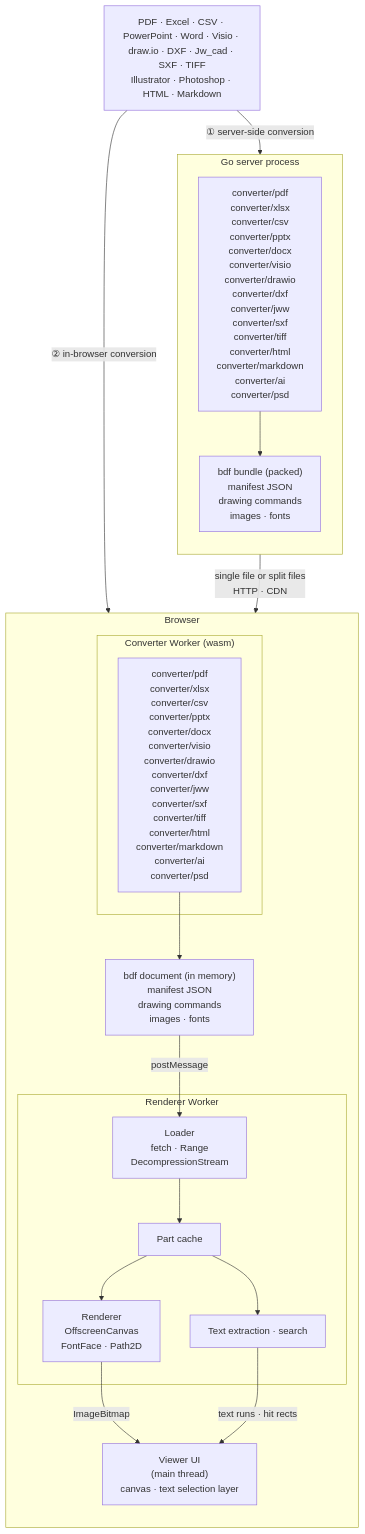
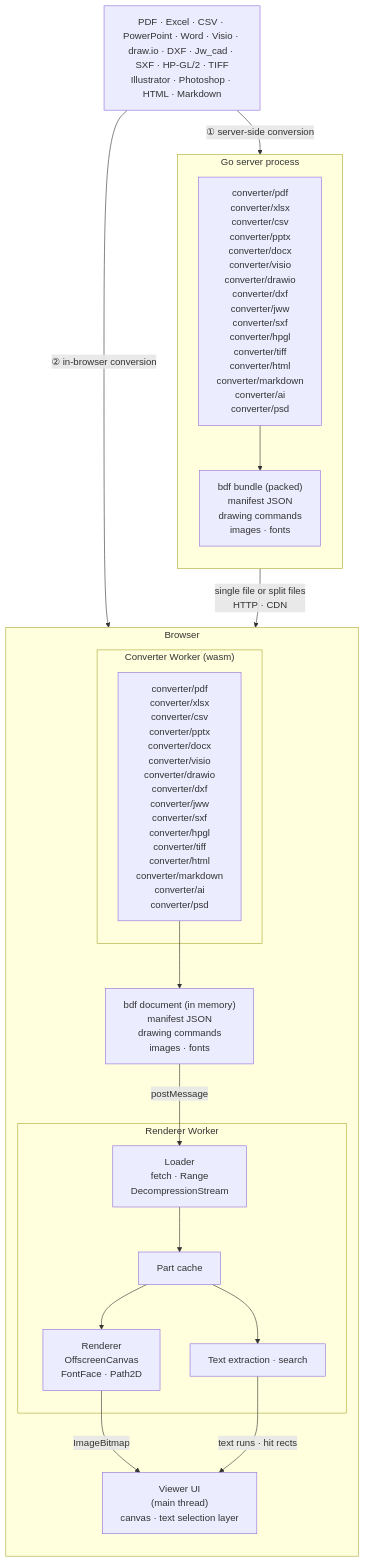
Before and after one commit to shibukawa/bdf: the diagram in README.md, drawn with Mermaid. The commit also changed other lines of this file and 42 other files, not shown here.

````diff
--- a/README.md
+++ b/README.md
@@ -20,37 +20,37 @@
 ```mermaid
 flowchart TB
-    SRC["PDF · Excel · CSV · PowerPoint · Word · Visio · draw.io · DXF · Jw_cad · SXF · TIFF<br/>Illustrator · Photoshop · HTML · Markdown"]
+    SRC["PDF · Excel · CSV · PowerPoint · Word · Visio · draw.io · DXF · Jw_cad · SXF · HP-GL/2 · TIFF<br/>Illustrator · Photoshop · HTML · Markdown"]
 
     subgraph SERVER["Go server process"]
         direction TB
-        SCONV["converter/pdf<br/>converter/xlsx<br/>converter/csv<br/>converter/pptx<br/>converter/docx<br/>converter/visio<br/>converter/drawio<br/>converter/dxf<br/>converter/jww<br/>converter/sxf<br/>converter/tiff<br/>converter/html<br/>converter/markdown<br/>converter/ai<br/>converter/psd"]
+        SCONV["converter/pdf<br/>converter/xlsx<br/>converter/csv<br/>converter/pptx<br/>converter/docx<br/>converter/visio<br/>converter/drawio<br/>converter/dxf<br/>converter/jww<br/>converter/sxf<br/>converter/hpgl<br/>converter/tiff<br/>converter/html<br/>converter/markdown<br/>converter/ai<br/>converter/psd"]
         BUNDLE["bdf bundle (packed)<br/>manifest JSON<br/>drawing commands<br/>images · fonts"]
         SCONV --> BUNDLE
     end
 
     subgraph BROWSER["Browser"]
         direction TB
         subgraph CWORKER["Converter Worker (wasm)"]
-            WCONV["converter/pdf<br/>converter/xlsx<br/>converter/csv<br/>converter/pptx<br/>converter/docx<br/>converter/visio<br/>converter/drawio<br/>converter/dxf<br/>converter/jww<br/>converter/sxf<br/>converter/tiff<br/>converter/html<br/>converter/markdown<br/>converter/ai<br/>converter/psd"]
+            WCONV["converter/pdf<br/>converter/xlsx<br/>converter/csv<br/>converter/pptx<br/>converter/docx<br/>converter/visio<br/>converter/drawio<br/>converter/dxf<br/>converter/jww<br/>converter/sxf<br/>converter/hpgl<br/>converter/tiff<br/>converter/html<br/>converter/markdown<br/>converter/ai<br/>converter/psd"]
         end
         PARTS["bdf document (in memory)<br/>manifest JSON<br/>drawing commands<br/>images · fonts"]
         subgraph RWORKER["Renderer Worker"]
             LOADER["Loader<br/>fetch · Range<br/>DecompressionStream"]
             STORE["Part cache"]
             RENDER["Renderer<br/>OffscreenCanvas<br/>FontFace · Path2D"]
             TEXT["Text extraction · search"]
             LOADER --> STORE
             STORE --> RENDER
             STORE --> TEXT
         end
         UI["Viewer UI<br/>(main thread)<br/>canvas · text selection layer"]
         WCONV --> PARTS
     end
 
     SRC -- "① server-side conversion" --> SCONV
     SRC -- "② in-browser conversion" --> WCONV
     BUNDLE -- "single file or split files<br/>HTTP · CDN" --> LOADER
     PARTS -- "postMessage" --> LOADER
     RENDER -- "ImageBitmap" --> UI
     TEXT -- "text runs · hit rects" --> UI
 ```
````
